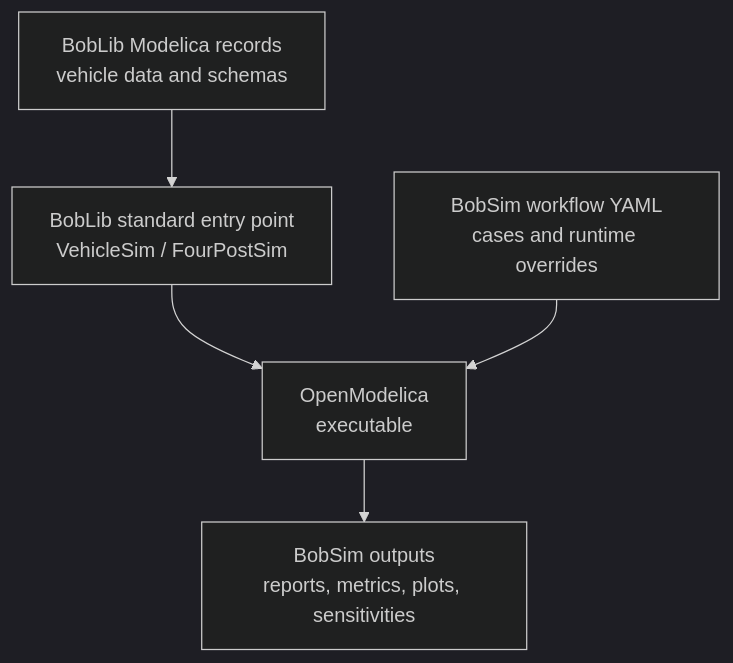
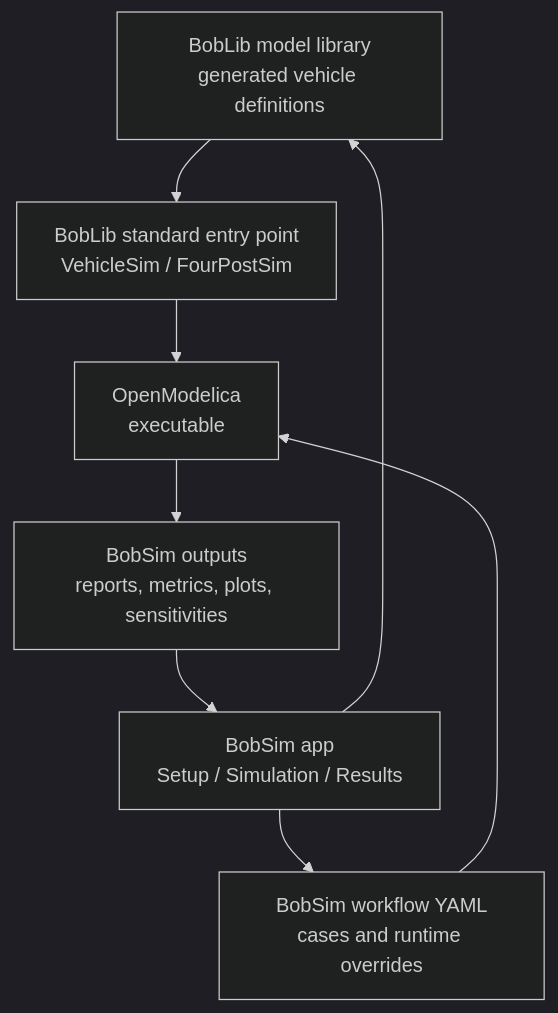
The diagram in docs/bobsim/index.md (BobDyn/BobDocs), drawn with Mermaid (dark theme) before and after one commit. The commit also changed other lines of this file and 32 other files, not shown here.

````diff
--- a/docs/bobsim/index.md
+++ b/docs/bobsim/index.md
@@ -37,13 +49,17 @@
 ```mermaid
 flowchart TB
-    records["BobLib Modelica records<br/>vehicle data and schemas"]
+    records["BobLib model library<br/>generated vehicle definitions"]
     entry["BobLib standard entry point<br/>VehicleSim / FourPostSim"]
+    app["BobSim app<br/>Setup / Simulation / Results"]
     executable["OpenModelica<br/>executable"]
     workflow["BobSim workflow YAML<br/>cases and runtime overrides"]
     outputs["BobSim outputs<br/>reports, metrics, plots, sensitivities"]
 
     records --> entry
+    app --> records
+    app --> workflow
     entry --> executable
     workflow --> executable
     executable --> outputs
+    outputs --> app
 ```
````
